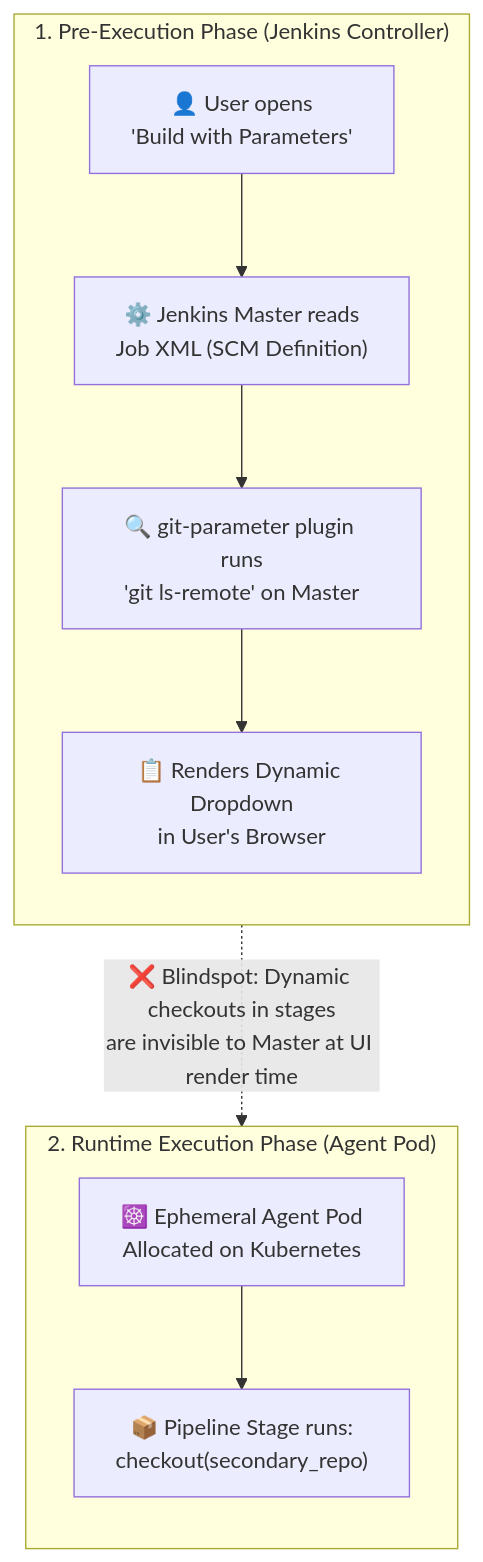
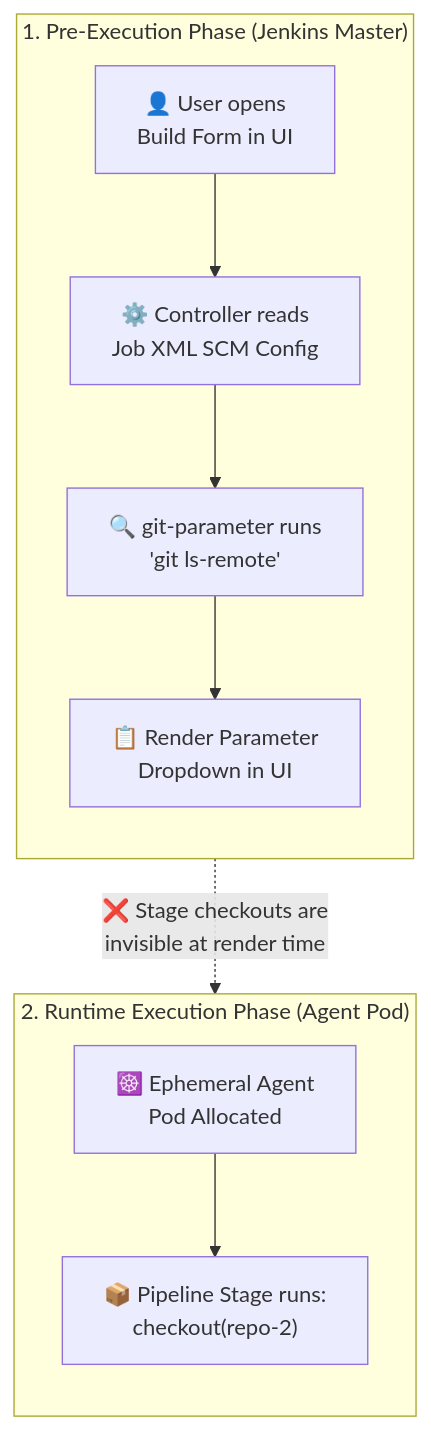
The second of 10 diagrams in README.md (nubenetes/jenkins-git-parameter), drawn with Mermaid before and after one commit.

Commit message:
fix(docs): shorten and reformat Mermaid node labels to prevent text truncation in UI

````diff
--- a/README.md
+++ b/README.md
@@ -171,24 +171,24 @@
 ```mermaid
 flowchart TB
-    subgraph UI_Phase["1. Pre-Execution Phase (Jenkins Controller)"]
+    subgraph UI_Phase["1. Pre-Execution Phase (Jenkins Master)"]
         direction TB
-        User["👤 User opens<br/>'Build with Parameters'"]
-        Master["⚙️ Jenkins Master reads<br/>Job XML (SCM Definition)"]
-        GitParam["🔍 git-parameter plugin runs<br/>'git ls-remote' on Master"]
-        Dropdown["📋 Renders Dynamic Dropdown<br/>in User's Browser"]
+        User["👤 User opens<br/>Build Form in UI"]
+        Master["⚙️ Controller reads<br/>Job XML SCM Config"]
+        GitParam["🔍 git-parameter runs<br/>'git ls-remote'"]
+        Dropdown["📋 Render Parameter<br/>Dropdown in UI"]
 
         User --> Master
         Master --> GitParam
         GitParam --> Dropdown
     end
 
     subgraph Runtime_Phase["2. Runtime Execution Phase (Agent Pod)"]
         direction TB
-        AllocAgent["☸️ Ephemeral Agent Pod<br/>Allocated on Kubernetes"]
-        RunStage["📦 Pipeline Stage runs:<br/>checkout(secondary_repo)"]
+        AllocAgent["☸️ Ephemeral Agent<br/>Pod Allocated"]
+        RunStage["📦 Pipeline Stage runs:<br/>checkout(repo-2)"]
 
         AllocAgent --> RunStage
     end
 
-    Dropdown -.->|"❌ Blindspot: Dynamic checkouts in stages<br/>are invisible to Master at UI render time"| RunStage
+    Dropdown -.->|"❌ Stage checkouts are<br/>invisible at render time"| RunStage
 ```
````
